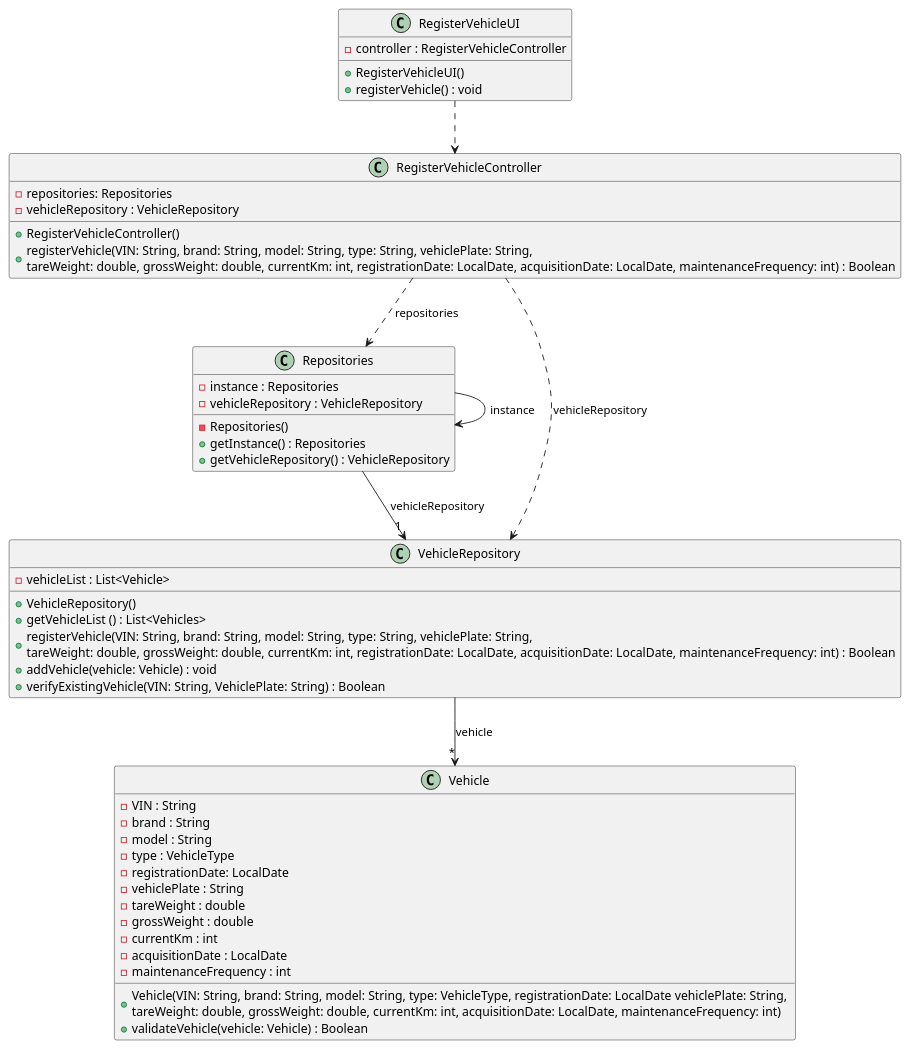
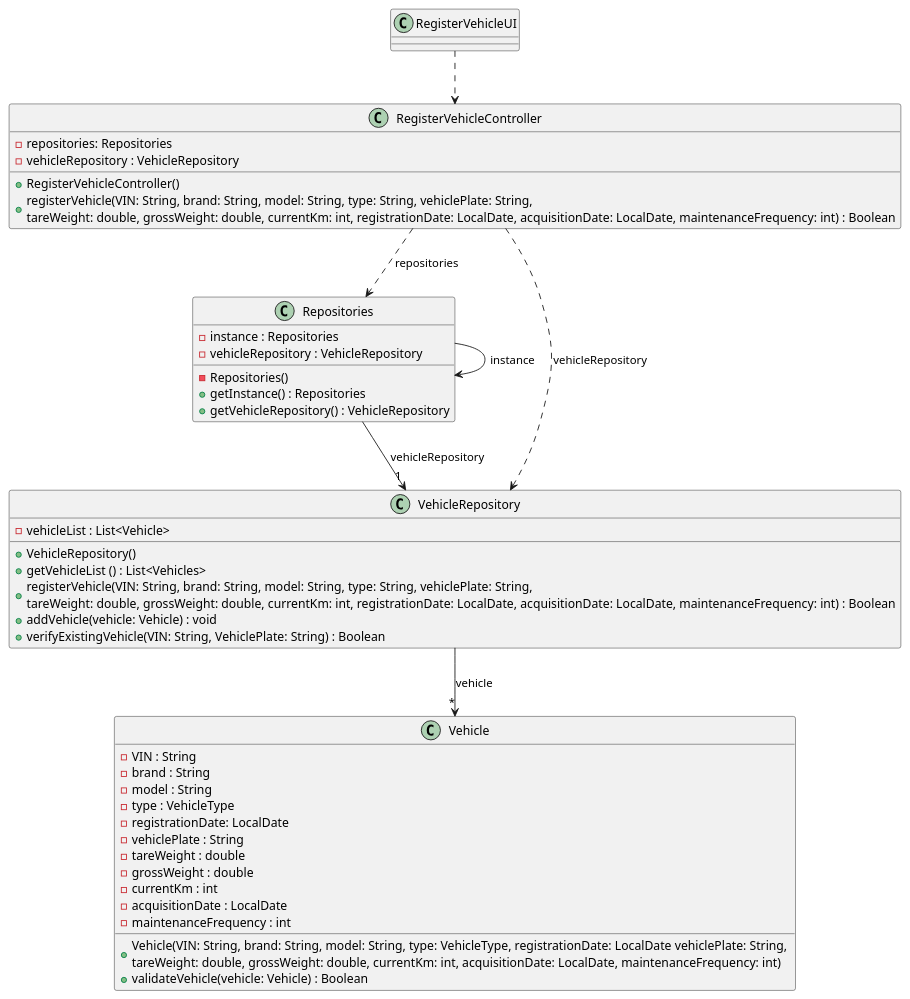
One commit to ricardomm7/leaflink changed the diagram in docs/sprintC/us006/03.design/puml/us006-class-diagram.puml. Above: the diagram before and after it, drawn with PlantUML. The commit also changed 9 other files, not shown here.

```diff
--- a/docs/sprintC/us006/03.design/puml/us006-class-diagram.puml
+++ b/docs/sprintC/us006/03.design/puml/us006-class-diagram.puml
@@ -1,63 +1,60 @@
 @startuml
 skinparam shadowing false
 skinparam line type polyline
 
 'left to right direction
 
     class RegisterVehicleUI {
-        - controller : RegisterVehicleController
-        + RegisterVehicleUI()
-        + registerVehicle() : void
     }
 
     class RegisterVehicleController {
         - repositories: Repositories
         - vehicleRepository : VehicleRepository
 
         + RegisterVehicleController()
         + registerVehicle(VIN: String, brand: String, model: String, type: String, vehiclePlate: String, \ntareWeight: double, grossWeight: double, currentKm: int, registrationDate: LocalDate, acquisitionDate: LocalDate, maintenanceFrequency: int) : Boolean
     }
 
     class Repositories {
         - instance : Repositories
         - vehicleRepository : VehicleRepository
         - Repositories()
         + getInstance() : Repositories
         + getVehicleRepository() : VehicleRepository
     }
 
     class VehicleRepository {
         - vehicleList : List<Vehicle>
 
         + VehicleRepository()
         + getVehicleList () : List<Vehicles>
         + registerVehicle(VIN: String, brand: String, model: String, type: String, vehiclePlate: String, \ntareWeight: double, grossWeight: double, currentKm: int, registrationDate: LocalDate, acquisitionDate: LocalDate, maintenanceFrequency: int) : Boolean
         + addVehicle(vehicle: Vehicle) : void
         + verifyExistingVehicle(VIN: String, VehiclePlate: String) : Boolean
     }
 
     class Vehicle {
         - VIN : String
         - brand : String
         - model : String
         - type : VehicleType
         - registrationDate: LocalDate
         - vehiclePlate : String
         - tareWeight : double
         - grossWeight : double
         - currentKm : int
         - acquisitionDate : LocalDate
         - maintenanceFrequency : int
 
         + Vehicle(VIN: String, brand: String, model: String, type: VehicleType, registrationDate: LocalDate vehiclePlate: String, \ntareWeight: double, grossWeight: double, currentKm: int, acquisitionDate: LocalDate, maintenanceFrequency: int)
         + validateVehicle(vehicle: Vehicle) : Boolean
     }
 
 RegisterVehicleUI ..> RegisterVehicleController
 RegisterVehicleController ..> Repositories: repositories
 Repositories --> Repositories: instance
 RegisterVehicleController ..> VehicleRepository: vehicleRepository
 Repositories --> "1"VehicleRepository: vehicleRepository
 VehicleRepository -->"*" Vehicle: vehicle
 
 @enduml
```
